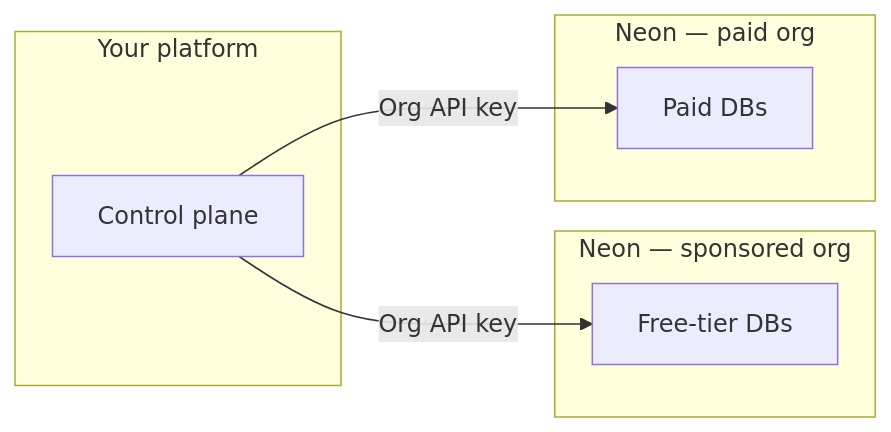
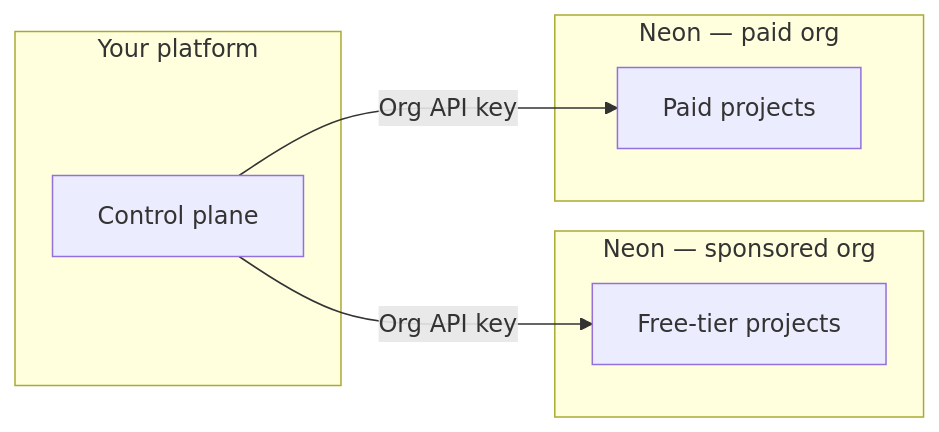
Before and after one commit to sav-maya/neon-for-agent-platforms: the diagram in README.md, drawn with Mermaid. The commit also changed other lines of this file, not shown here.

````diff
--- a/README.md
+++ b/README.md
@@ -115,14 +189,17 @@
 ```mermaid
 flowchart LR
   subgraph yours [Your platform]
     CP[Control plane]
   end
+
   subgraph neon_free [Neon — sponsored org]
-    F[Free-tier DBs]
+    F[Free-tier projects]
   end
+
   subgraph neon_paid [Neon — paid org]
-    P[Paid DBs]
+    P[Paid projects]
   end
+
   CP -->|"Org API key"| F
   CP -->|"Org API key"| P
 ```
````
